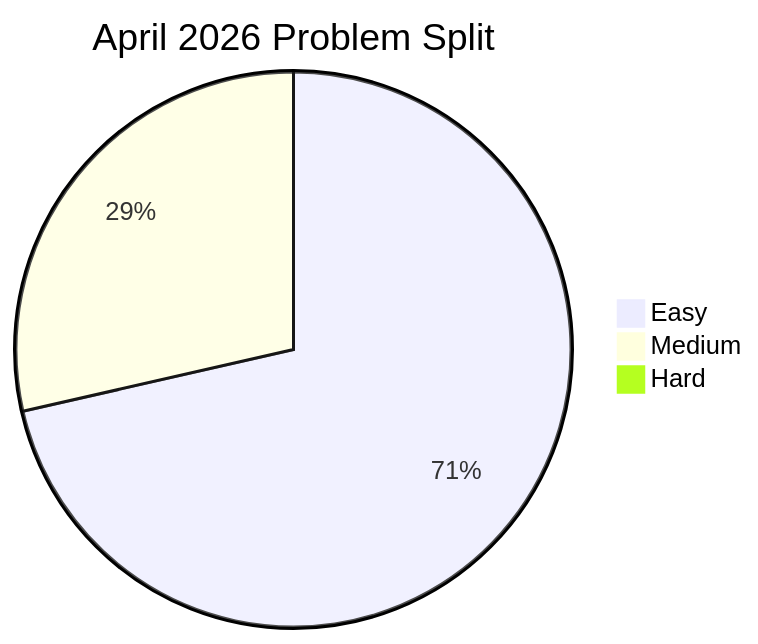
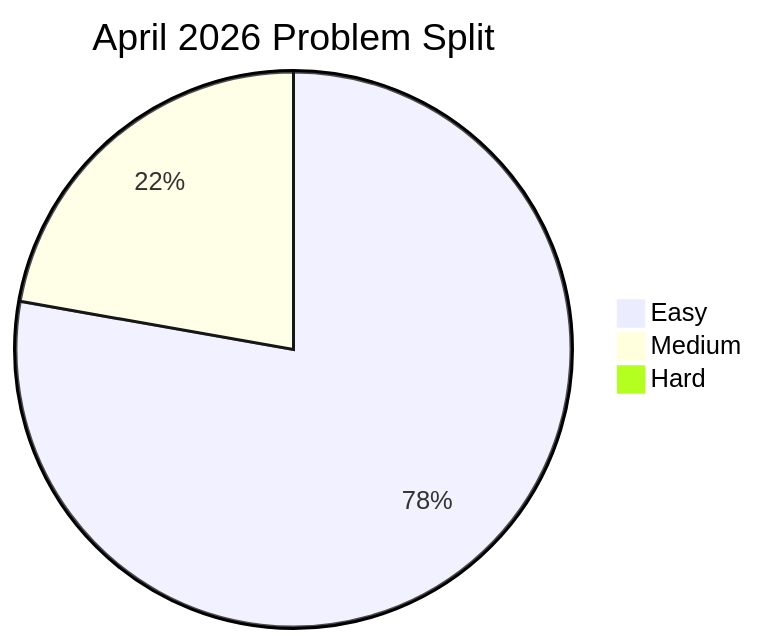
Before and after one commit to manikantbindass/Codeforces-Interview-Preparation-Journey: the third of 4 diagrams in README.md, drawn with Mermaid. The commit also changed other lines of this file and 3 other files, not shown here.

````diff
--- a/README.md
+++ b/README.md
@@ -410,6 +412,6 @@
 ```mermaid
 pie title April 2026 Problem Split
-    "Easy" : 5
+    "Easy" : 7
     "Medium" : 2
     "Hard" : 0
 ```
````
